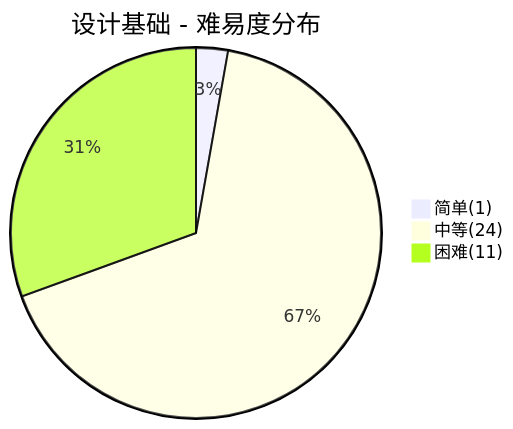
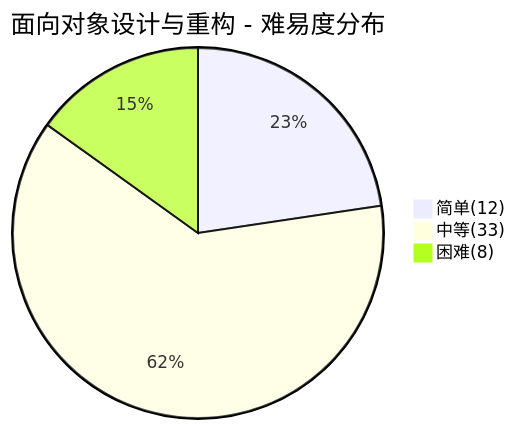
The first of 5 diagrams in docs/99.面试/设计面试.md (dunwu/waterdrop), drawn with Mermaid before and after one commit. The commit also changed other lines of this file and 10 other files, not shown here.

````diff
--- a/docs/99.面试/设计面试.md
+++ b/docs/99.面试/设计面试.md
@@ -28,6 +34,6 @@
 ```mermaid
-pie title 设计基础 - 难易度分布
-    "简单(1)" : 1
-    "中等(24)" : 24
-    "困难(11)" : 11
+pie title 面向对象设计与重构 - 难易度分布
+    "简单(12)" : 12
+    "中等(33)" : 33
+    "困难(8)" : 8
 ```
````
